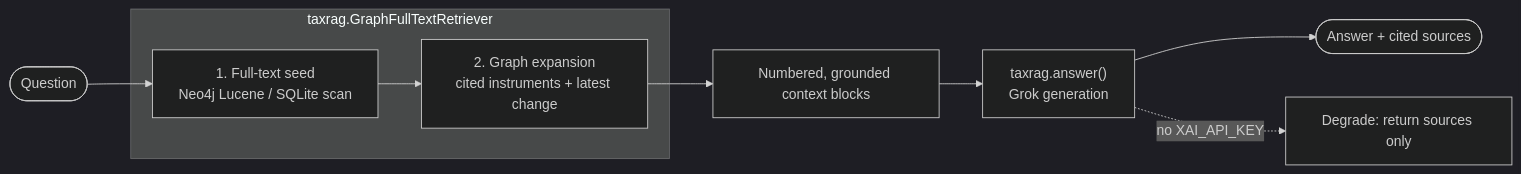
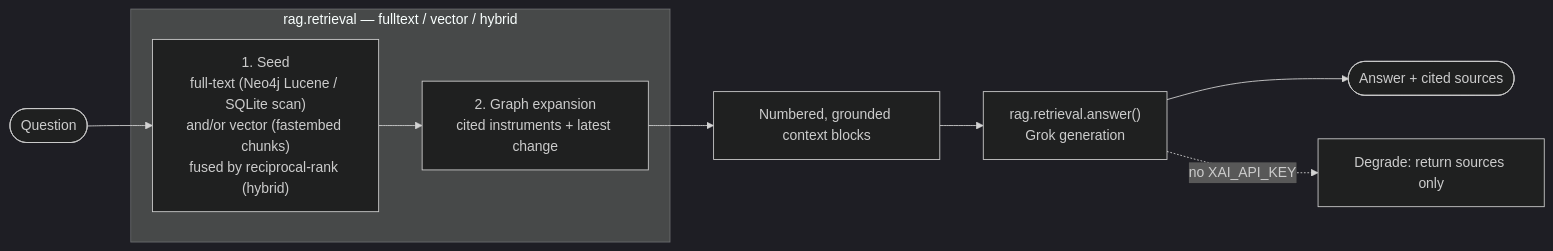
Before and after one commit to predictivelabsai/FastFund: the fourth of 5 diagrams in docs/architecture_readme.md, drawn with Mermaid (dark theme). The commit also changed other lines of this file and 3 other files, not shown here.

First line of the commit message:
Add admin forms-refresh route; refresh architecture doc + PDF

````diff
--- a/docs/architecture_readme.md
+++ b/docs/architecture_readme.md
@@ -189,13 +267,13 @@
 ```mermaid
 flowchart LR
-    Q(["Question"]) --> R1
-    subgraph Retrieve["taxrag.GraphFullTextRetriever"]
-        R1["1. Full-text seed<br/>Neo4j Lucene / SQLite scan"]
-        R2["2. Graph expansion<br/>cited instruments + latest change"]
-        R1 --> R2
+    Q(["Question"]) --> SEED
+    subgraph Retrieve["rag.retrieval — fulltext / vector / hybrid"]
+        SEED["1. Seed<br/>full-text (Neo4j Lucene / SQLite scan)<br/>and/or vector (fastembed chunks)<br/>fused by reciprocal-rank (hybrid)"]
+        EXP["2. Graph expansion<br/>cited instruments + latest change"]
+        SEED --> EXP
     end
-    R2 --> CTX["Numbered, grounded context blocks"]
-    CTX --> GEN["taxrag.answer()<br/>Grok generation"]
+    EXP --> CTX["Numbered, grounded context blocks"]
+    CTX --> GEN["rag.retrieval.answer()<br/>Grok generation"]
     GEN --> A(["Answer + cited sources"])
     GEN -. "no XAI_API_KEY" .-> DEG["Degrade: return sources only"]
 ```
````
